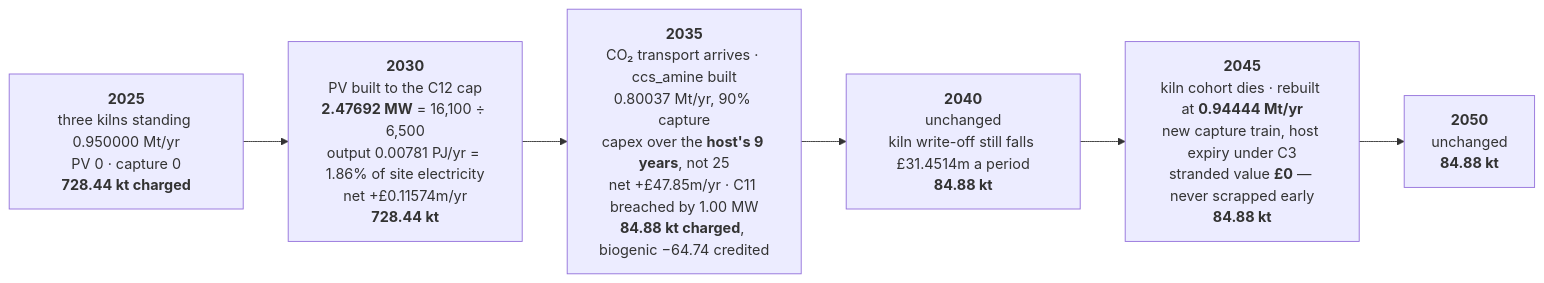
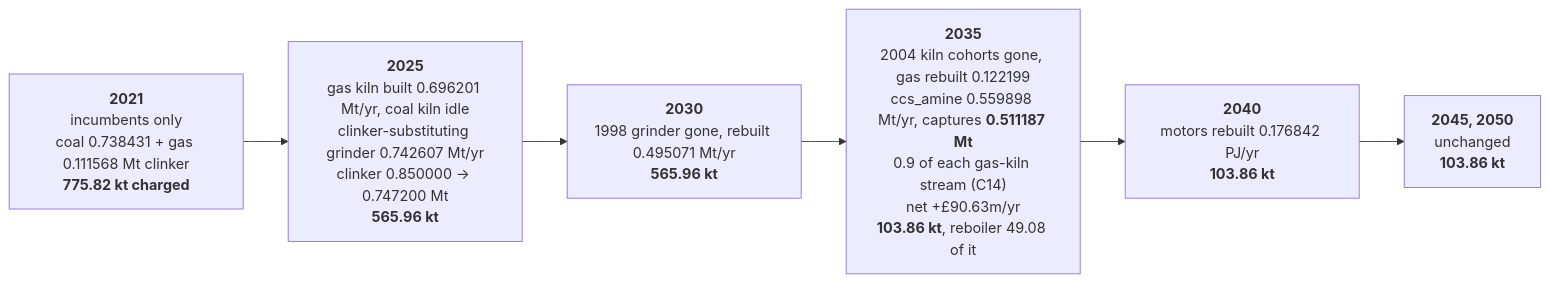
The fourth of 7 diagrams in docs/notes/19_worked_example_data_flow.md (AlexandreLab/comit), drawn with Mermaid before and after one commit. The commit also changed other lines of this file and 22 other files, not shown here.

````diff
--- a/docs/notes/19_worked_example_data_flow.md
+++ b/docs/notes/19_worked_example_data_flow.md
@@ -201,11 +188,11 @@
 ```mermaid
 flowchart LR
-  T25["<b>2025</b><br/>three kilns standing 0.950000 Mt/yr<br/>PV 0 · capture 0<br/><b>728.44 kt charged</b>"]
-  T30["<b>2030</b><br/>PV built to the C12 cap<br/><b>2.47692 MW</b> = 16,100 ÷ 6,500<br/>output 0.00781 PJ/yr = 1.86% of site electricity<br/>net +£0.11574m/yr<br/><b>728.44 kt</b>"]
-  T35["<b>2035</b><br/>CO₂ transport arrives · ccs_amine built<br/>0.80037 Mt/yr, 90% capture<br/>capex over the <b>host's 9 years</b>, not 25<br/>net +£47.85m/yr · C11 breached by 1.00 MW<br/><b>84.88 kt charged</b>, biogenic −64.74 credited"]
-  T40["<b>2040</b><br/>unchanged<br/>kiln write-off still falls £31.4514m a period<br/><b>84.88 kt</b>"]
-  T45["<b>2045</b><br/>kiln cohort dies · rebuilt at <b>0.94444 Mt/yr</b><br/>new capture train, host expiry under C3<br/>stranded value <b>£0</b> — never scrapped early<br/><b>84.88 kt</b>"]
-  T50["<b>2050</b><br/>unchanged<br/><b>84.88 kt</b>"]
+  T21["<b>2021</b><br/>incumbents only<br/>coal 0.738431 + gas 0.111568 Mt clinker<br/><b>775.82 kt charged</b>"]
+  T25["<b>2025</b><br/>gas kiln built 0.696201 Mt/yr, coal kiln idle<br/>clinker-substituting grinder 0.742607 Mt/yr<br/>clinker 0.850000 → 0.747200 Mt<br/><b>565.96 kt</b>"]
+  T30["<b>2030</b><br/>1998 grinder gone, rebuilt 0.495071 Mt/yr<br/><b>565.96 kt</b>"]
+  T35["<b>2035</b><br/>2004 kiln cohorts gone, gas rebuilt 0.122199<br/>ccs_amine 0.559898 Mt/yr, captures <b>0.511187 Mt</b><br/>0.9 of each gas-kiln stream (C14)<br/>net +£90.63m/yr<br/><b>103.86 kt</b>, reboiler 49.08 of it"]
+  T40["<b>2040</b><br/>motors rebuilt 0.176842 PJ/yr<br/><b>103.86 kt</b>"]
+  T50["<b>2045, 2050</b><br/>unchanged<br/><b>103.86 kt</b>"]
 
-  T25 --> T30 --> T35 --> T40 --> T45 --> T50
+  T21 --> T25 --> T30 --> T35 --> T40 --> T50
 ```
````
